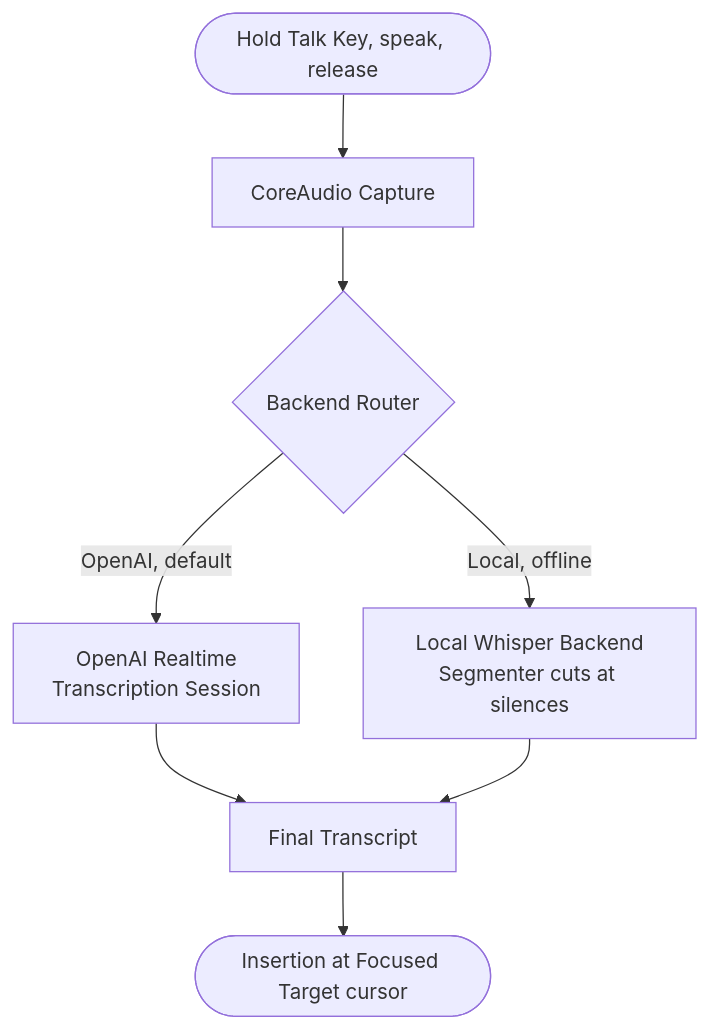
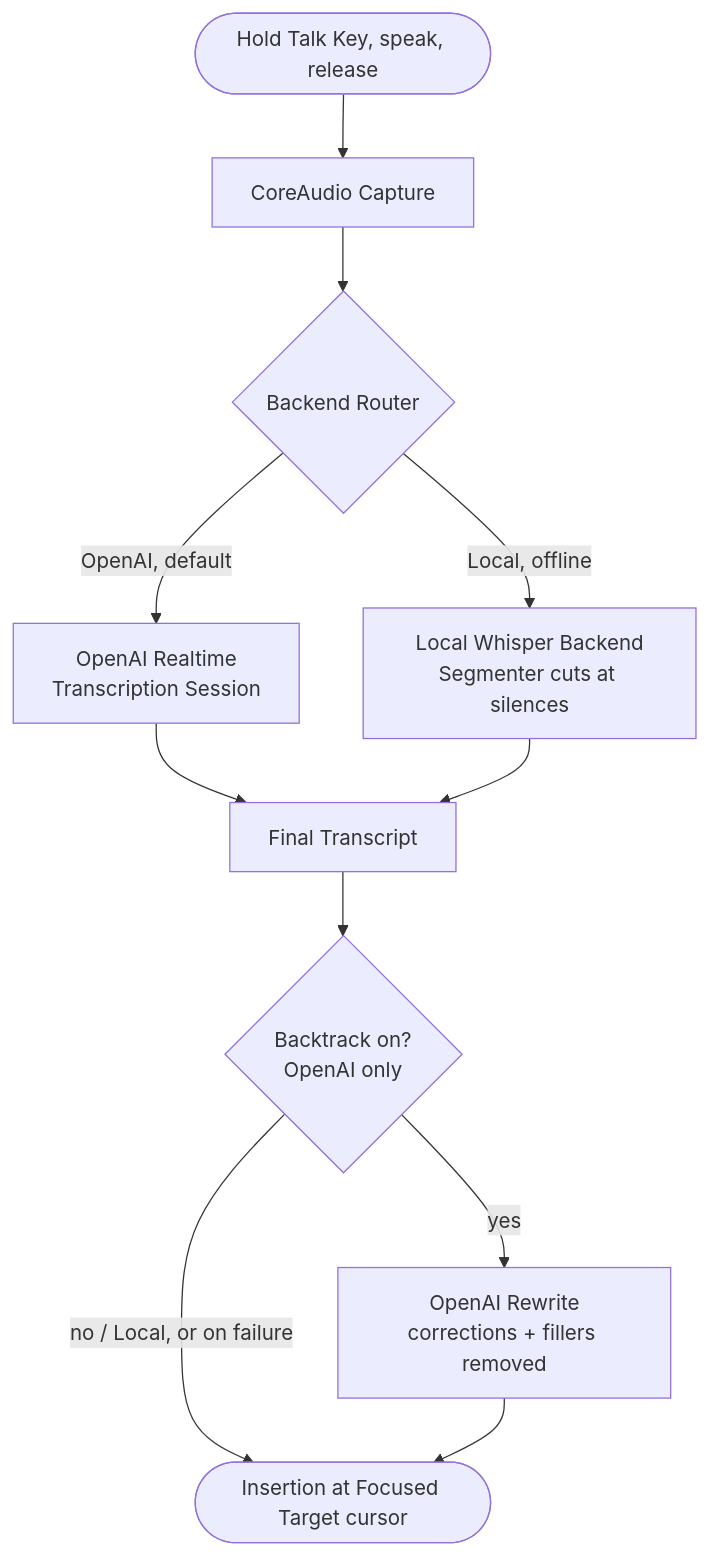
The diagram in README.md (dbgeek/type-wave), drawn with Mermaid before and after one commit. The commit also changed other lines of this file, not shown here.

First line of the commit message:
docs(readme): reflect v0.1.2 and the Backtrack feature (#159)

````diff
--- a/README.md
+++ b/README.md
@@ -26,10 +26,13 @@
 ```mermaid
 flowchart TD
     TK([Hold Talk Key, speak, release]) --> CAP[CoreAudio Capture]
     CAP --> ROUTER{Backend Router}
     ROUTER -->|OpenAI, default| OA[OpenAI Realtime<br/>Transcription Session]
     ROUTER -->|Local, offline| LW[Local Whisper Backend<br/>Segmenter cuts at silences]
     OA --> FT[Final Transcript]
     LW --> FT
-    FT --> INS([Insertion at Focused Target cursor])
+    FT --> BT{Backtrack on?<br/>OpenAI only}
+    BT -->|yes| RW[OpenAI Rewrite<br/>corrections + fillers removed]
+    BT -->|no / Local, or on failure| INS
+    RW --> INS([Insertion at Focused Target cursor])
 ```
````
